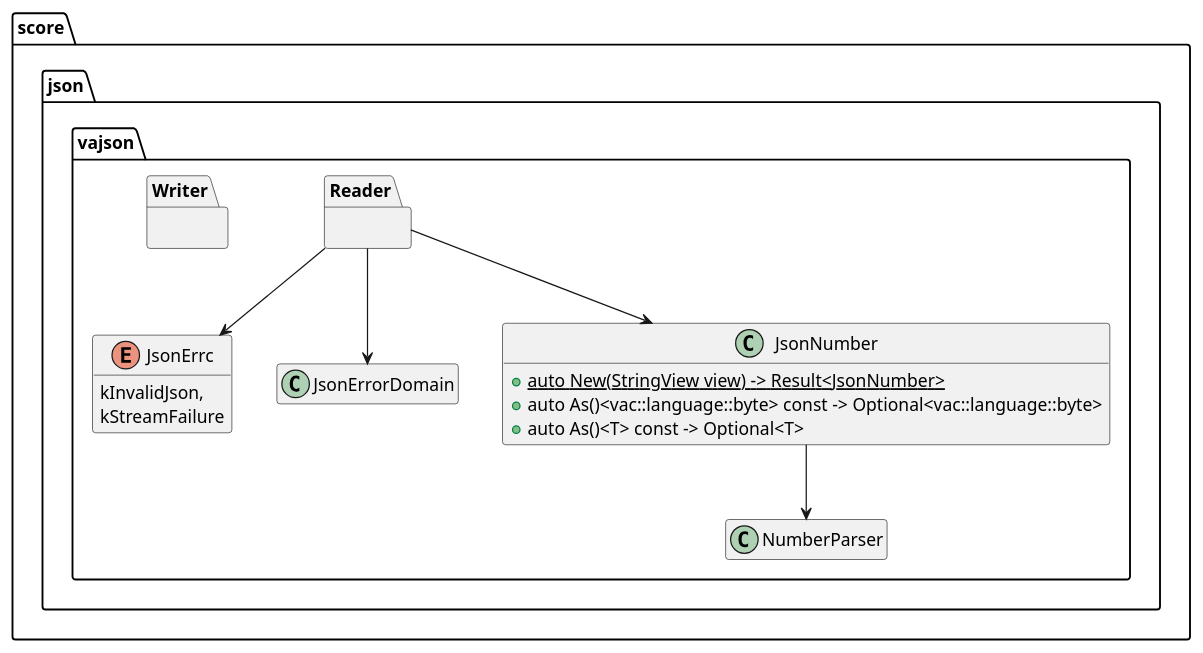
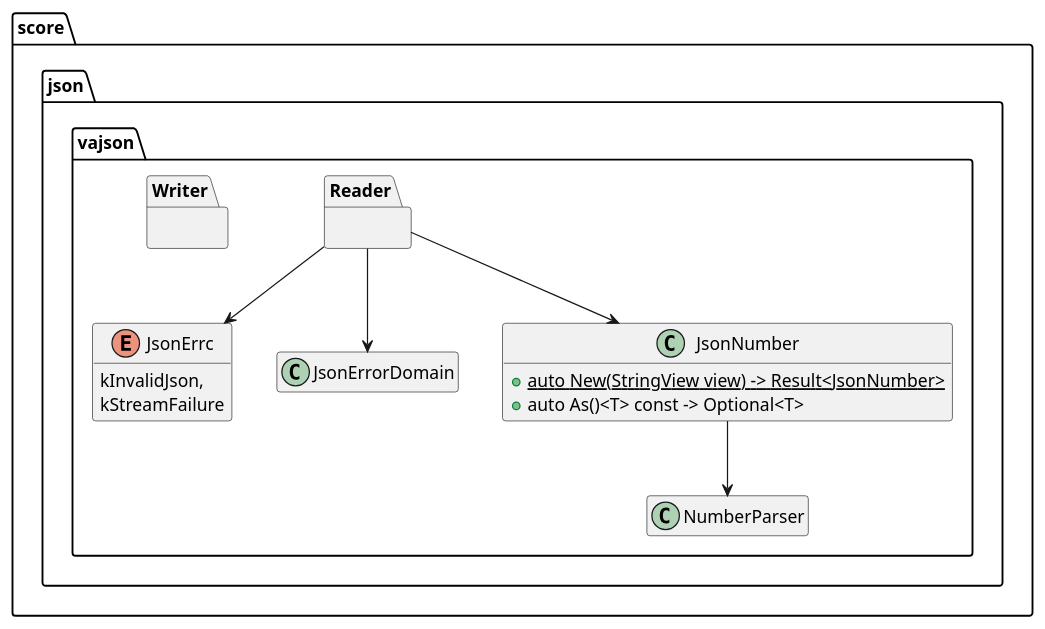
One commit to eclipse-score/baselibs changed the third of 3 diagrams in score/json/docs/vajson/detailed_design/logical/Reader.rst. Above: the diagram before and after it, drawn with PlantUML. The commit also changed other lines of this file and 22 other files, not shown here.

```diff
--- a/score/json/docs/vajson/detailed_design/logical/Reader.rst
+++ b/score/json/docs/vajson/detailed_design/logical/Reader.rst
@@ -160,39 +202,38 @@
 .. uml::
 
     @startuml
     hide empty members
 
       package "score" {
         package "json" {
           package "vajson" {
             enum JsonErrc {
               kInvalidJson,
               kStreamFailure
             }
 
             class JsonErrorDomain {}
 
             class NumberParser {}
 
             class JsonNumber {
               + {static} auto New(StringView view) -> Result<JsonNumber>
-              + auto As()<vac::language::byte> const -> Optional<vac::language::byte>
               + auto As()<T> const -> Optional<T>
             }
 
           package Reader {
           }
 
           package Writer {
           }
           }
         }
       }
 
       JsonNumber --> NumberParser
 
       Reader -down-> JsonNumber
       Reader -down-> JsonErrorDomain
       Reader -down-> JsonErrc
 
     @enduml
```
